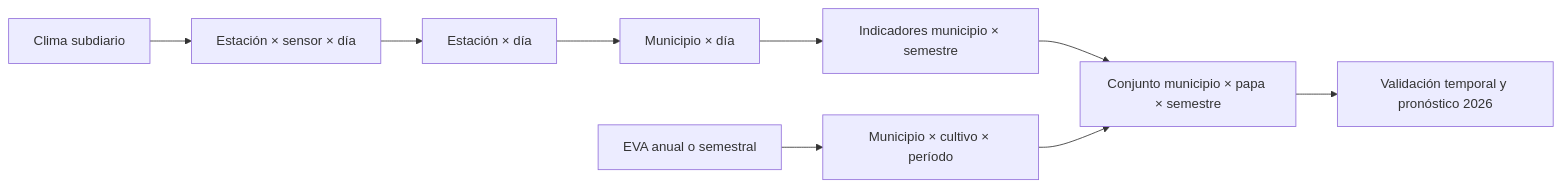
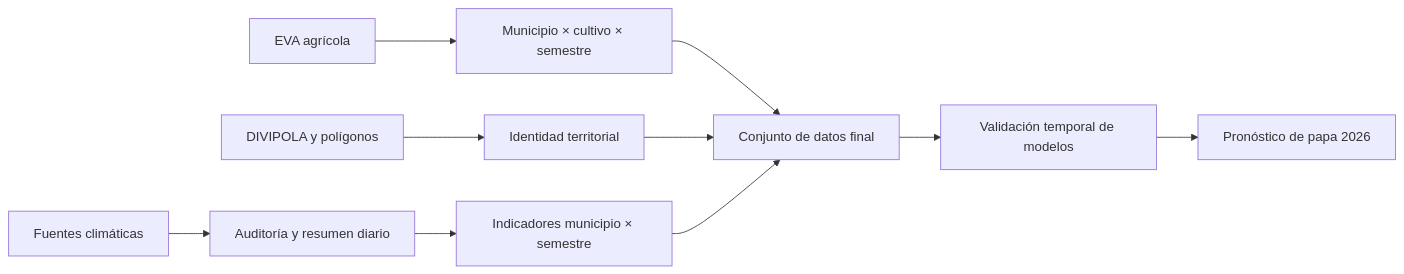
Before and after one commit to cybercolombia/suelosabio: the diagram in docs/presentation/RESULTADOS_PROCESO_DATOS_2026.md, drawn with Mermaid. The commit also changed other lines of this file and 1 other file, not shown here.

First line of the commit message:
docs: reorganiza resultados y documenta fuentes oficiales

````diff
--- a/docs/presentation/RESULTADOS_PROCESO_DATOS_2026.md
+++ b/docs/presentation/RESULTADOS_PROCESO_DATOS_2026.md
@@ -48,11 +49,12 @@
 ```mermaid
 flowchart LR
-    A[Clima subdiario] --> B[Estación × sensor × día]
-    B --> C[Estación × día]
-    C --> D[Municipio × día]
-    D --> E[Indicadores municipio × semestre]
-    F[EVA anual o semestral] --> G[Municipio × cultivo × período]
-    E --> H[Conjunto municipio × papa × semestre]
+    A[Fuentes climáticas] --> B[Auditoría y resumen diario]
+    C[EVA agrícola] --> D[Municipio × cultivo × semestre]
+    E[DIVIPOLA y polígonos] --> F[Identidad territorial]
+    B --> G[Indicadores municipio × semestre]
+    D --> H[Conjunto de datos final]
+    F --> H
     G --> H
-    H --> I[Validación temporal y pronóstico 2026]
+    H --> I[Validación temporal de modelos]
+    I --> J[Pronóstico de papa 2026]
 ```
````
